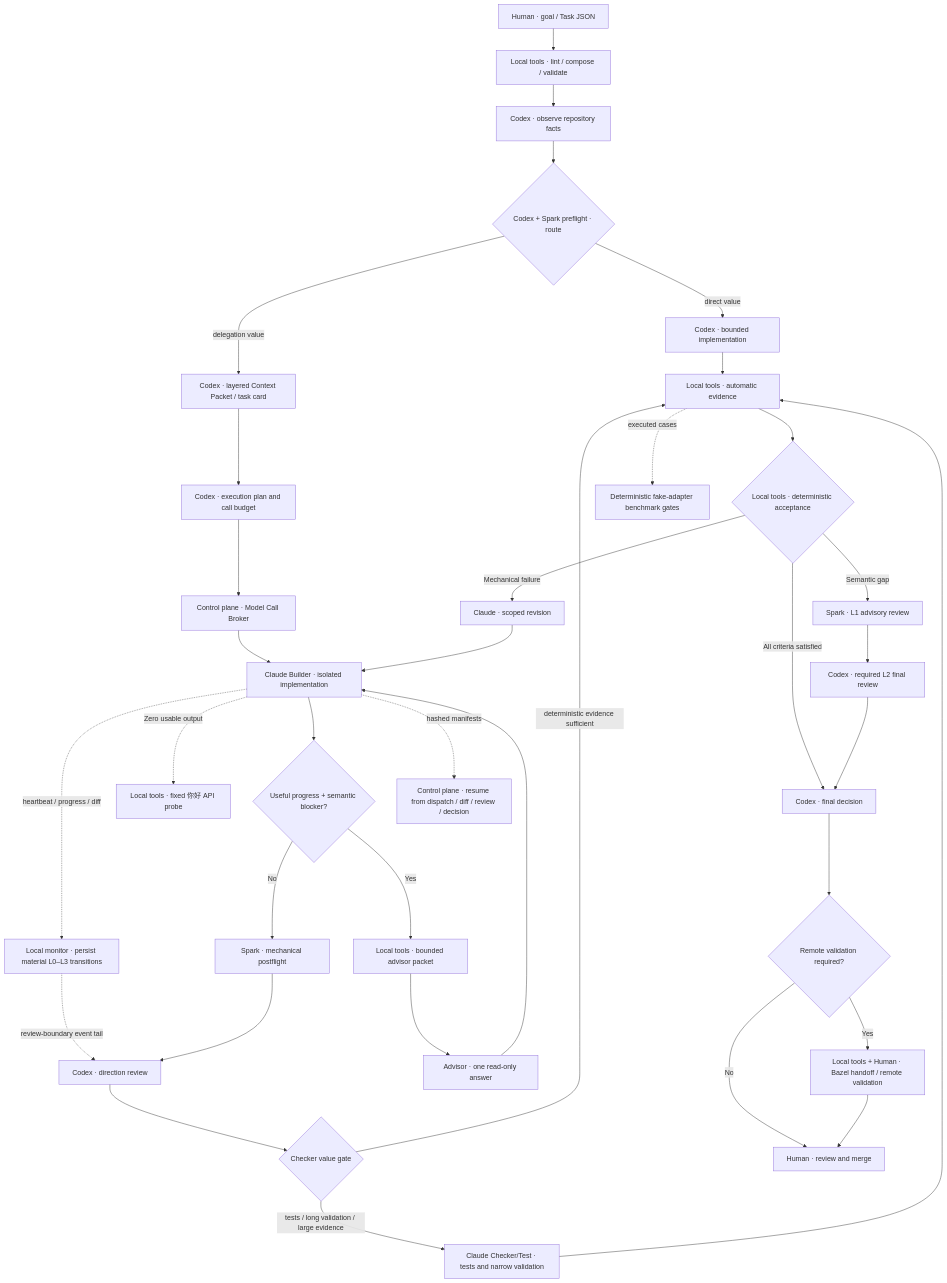
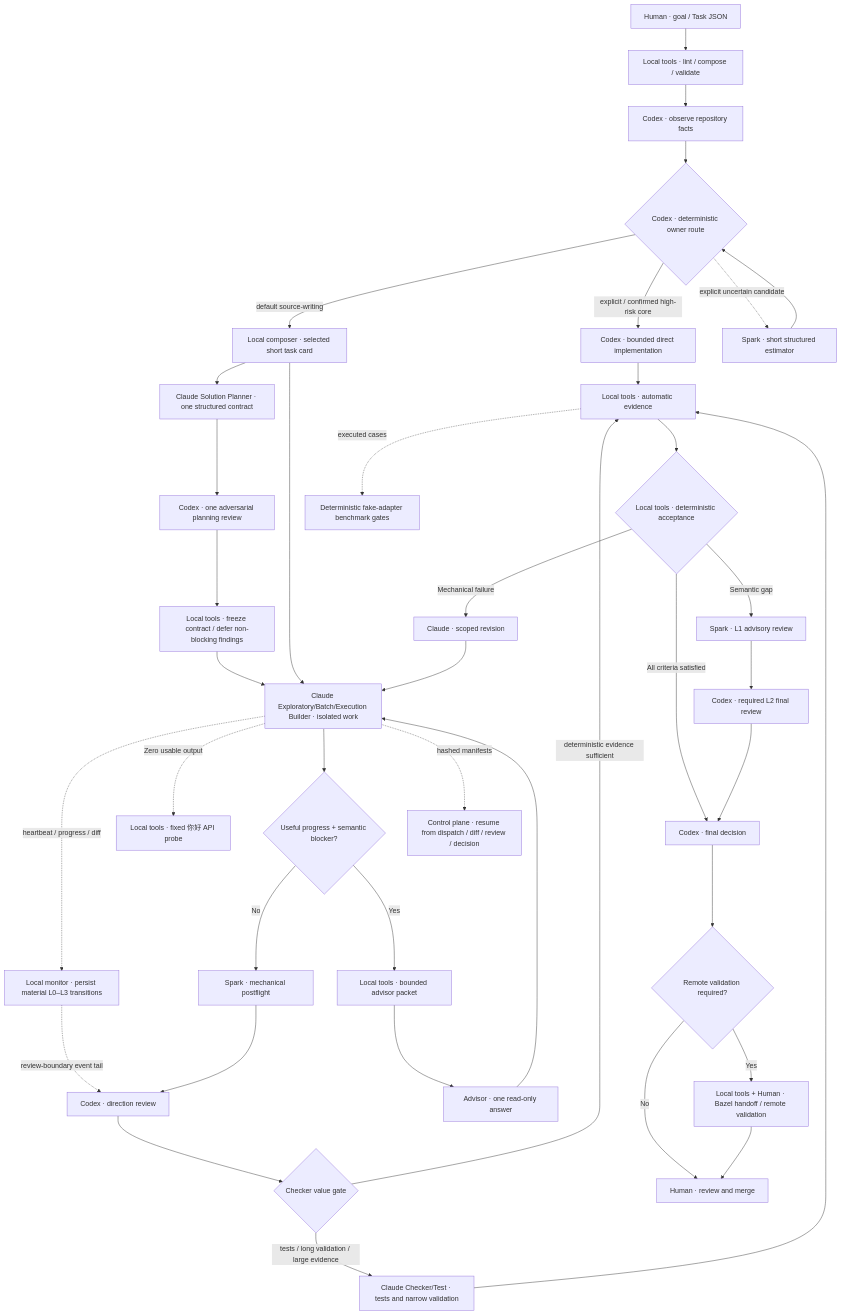
Before and after one commit to luozj1020/ai-coding-workflow: the diagram in README.md, drawn with Mermaid. The commit also changed other lines of this file and 77 other files, not shown here.

````diff
--- a/README.md
+++ b/README.md
@@ -55,38 +86,42 @@
 ```mermaid
 flowchart TD
     U[Human · goal / Task JSON] --> L[Local tools · lint / compose / validate]
     L --> F[Codex · observe repository facts]
-    F --> R{Codex + Spark preflight · route}
-    R -- direct value --> CD[Codex · bounded implementation]
+    F --> R{Codex · deterministic owner route}
+    R -- explicit / confirmed high-risk core --> CD[Codex · bounded direct implementation]
     CD --> E
-    R -- delegation value --> C[Codex · layered Context Packet / task card]
-    C --> P[Codex · execution plan and call budget]
-    P --> B[Control plane · Model Call Broker]
-    B --> D[Claude Builder · isolated implementation]
+    R -- default source-writing --> C[Local composer · selected short task card]
+    C --> CPL[Claude Solution Planner · one structured contract]
+    CPL --> CAR[Codex · one adversarial planning review]
+    CAR --> CF[Local tools · freeze contract / defer non-blocking findings]
+    CF --> D
+    C --> D[Claude Exploratory/Batch/Execution Builder · isolated work]
+    R -. explicit uncertain candidate .-> S0[Spark · short structured estimator]
+    S0 --> R
     D -. heartbeat / progress / diff .-> MON[Local monitor · persist material L0–L3 transitions]
     MON -. review-boundary event tail .-> CR
     D --> Q{Useful progress + semantic blocker?}
     Q -- No --> SP[Spark · mechanical postflight]
     Q -- Yes --> AP[Local tools · bounded advisor packet]
     AP --> AV[Advisor · one read-only answer]
     AV --> D
     D -. Zero usable output .-> HP[Local tools · fixed 你好 API probe]
     SP --> CR[Codex · direction review]
     CR --> CV{Checker value gate}
     CV -- deterministic evidence sufficient --> E
     CV -- tests / long validation / large evidence --> CT[Claude Checker/Test · tests and narrow validation]
     CT --> E[Local tools · automatic evidence]
     E --> A{Local tools · deterministic acceptance}
     A -- Mechanical failure --> LR[Claude · scoped revision]
     A -- Semantic gap --> S[Spark · L1 advisory review]
     S --> X[Codex · required L2 final review]
     A -- All criteria satisfied --> FD[Codex · final decision]
     X --> FD
     LR --> D
     FD --> H{Remote validation required?}
     H -- Yes --> RH[Local tools + Human · Bazel handoff / remote validation]
     H -- No --> M[Human · review and merge]
     RH --> M
     D -. hashed manifests .-> RS[Control plane · resume from dispatch / diff / review / decision]
     E -. executed cases .-> BM[Deterministic fake-adapter benchmark gates]
 ```
````
